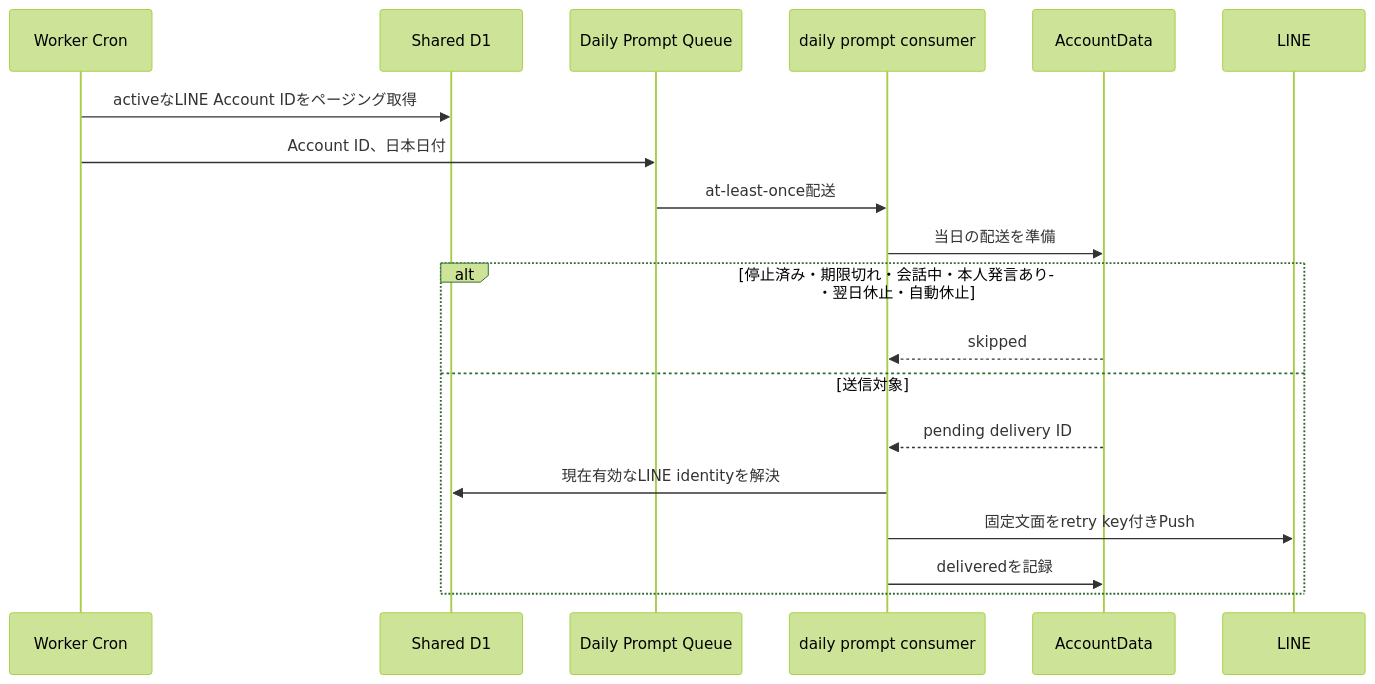
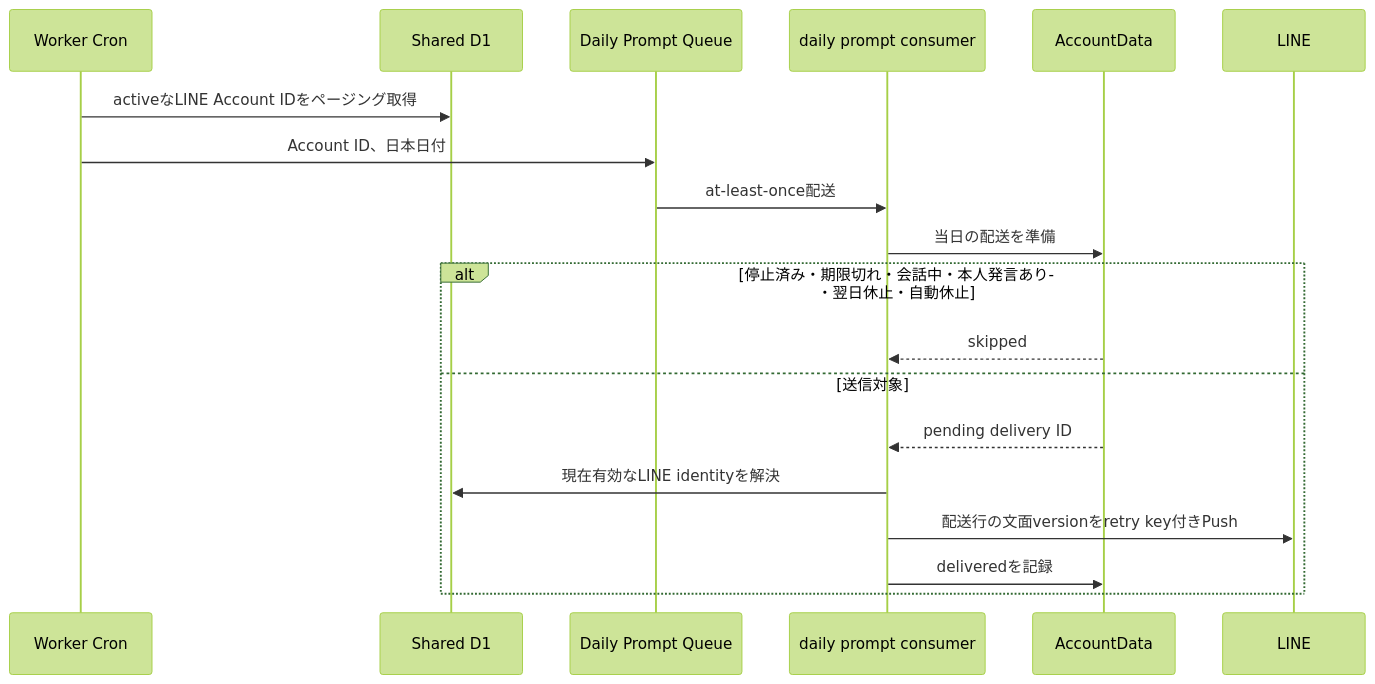
Before and after one commit to kkyosuke/me-builder: the third of 10 diagrams in docs/architecture/diary-chat-implementation-design.md, drawn with Mermaid (forest theme). The commit also changed other lines of this file and 6 other files, not shown here.

````diff
--- a/docs/architecture/diary-chat-implementation-design.md
+++ b/docs/architecture/diary-chat-implementation-design.md
@@ -147,21 +147,21 @@
 ```mermaid
 sequenceDiagram
     participant C as Worker Cron
     participant D1 as Shared D1
     participant Q as Daily Prompt Queue
     participant W as daily prompt consumer
     participant AD as AccountData
     participant L as LINE
     C->>D1: activeなLINE Account IDをページング取得
     C->>Q: Account ID、日本日付
     Q->>W: at-least-once配送
     W->>AD: 当日の配送を準備
     alt 停止済み・期限切れ・会話中・本人発言あり・翌日休止・自動休止
         AD-->>W: skipped
     else 送信対象
         AD-->>W: pending delivery ID
         W->>D1: 現在有効なLINE identityを解決
-        W->>L: 固定文面をretry key付きPush
+        W->>L: 配送行の文面versionをretry key付きPush
         W->>AD: deliveredを記録
     end
 ```
````
